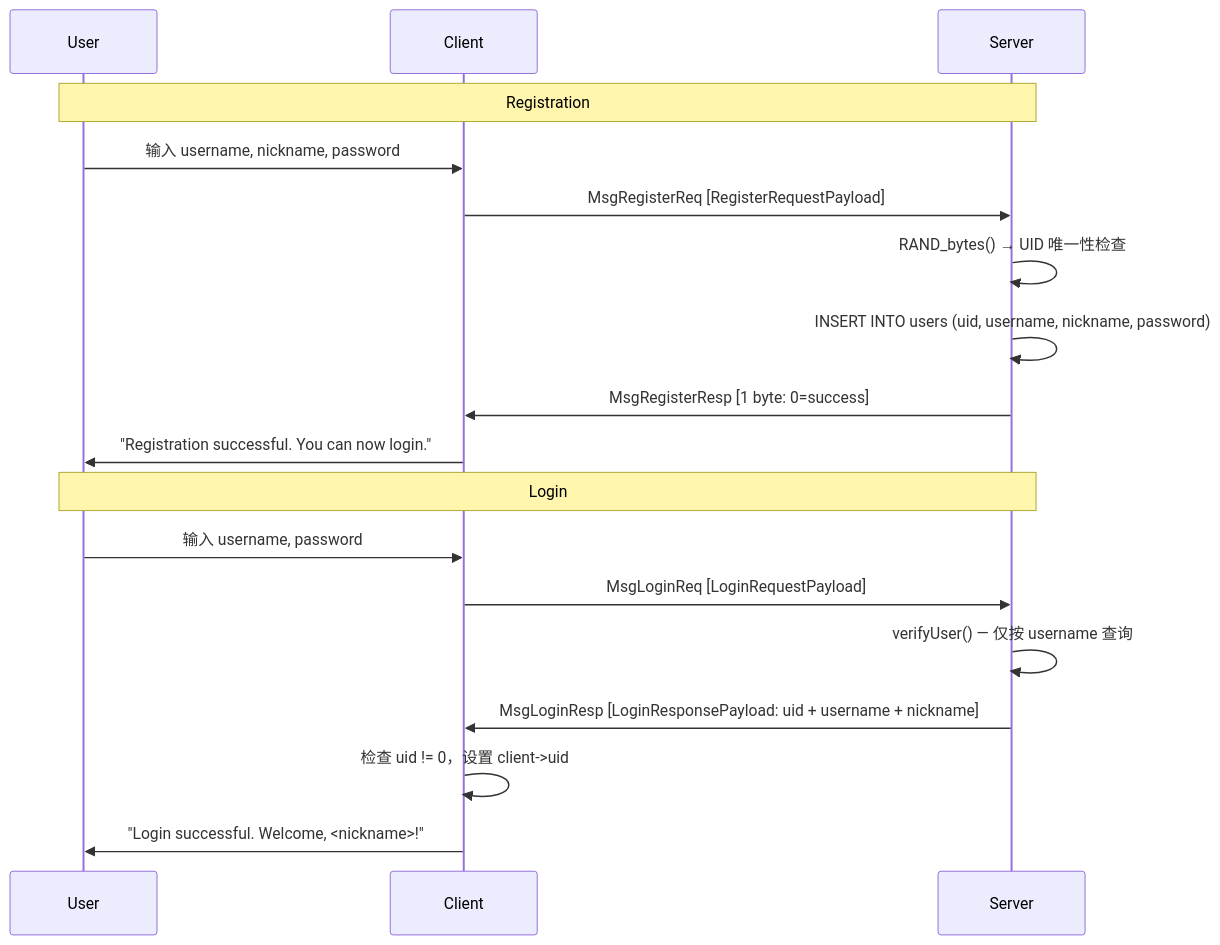
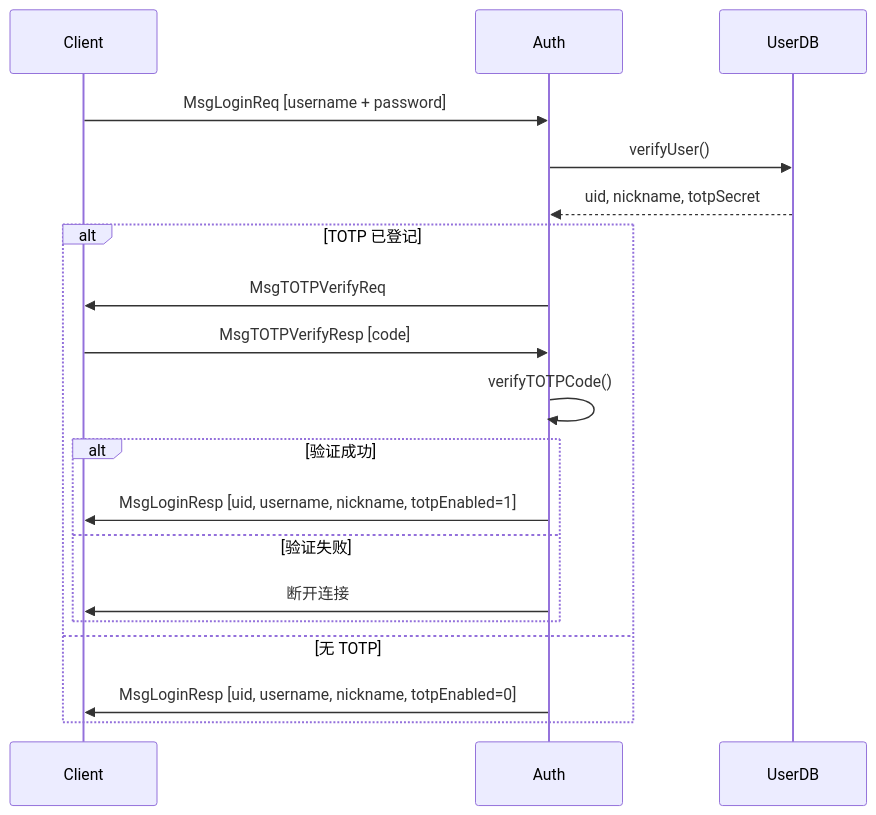
Before and after one commit to WinstonMeursault/PacPlay: the seventh of 14 diagrams in docs/API.md, drawn with Mermaid. The commit also changed other lines of this file and 49 other files, not shown here.

First line of the commit message:
refactor: modularize architecture and restructure database subsystem

````diff
--- a/docs/API.md
+++ b/docs/API.md
@@ -1793,22 +929,21 @@
 ```mermaid
 sequenceDiagram
-    participant User
-    participant Client
-    participant Server
-
-    Note over User,Server: Registration
-    User->>Client: 输入 username, nickname, password
-    Client->>Server: MsgRegisterReq [RegisterRequestPayload]
-    Server->>Server: RAND_bytes() → UID 唯一性检查
-    Server->>Server: INSERT INTO users (uid, username, nickname, password)
-    Server->>Client: MsgRegisterResp [1 byte: 0=success]
-    Client->>User: "Registration successful. You can now login."
-
-    Note over User,Server: Login
-    User->>Client: 输入 username, password
-    Client->>Server: MsgLoginReq [LoginRequestPayload]
-    Server->>Server: verifyUser() — 仅按 username 查询
-    Server->>Client: MsgLoginResp [LoginResponsePayload: uid + username + nickname]
-    Client->>Client: 检查 uid != 0，设置 client->uid
-    Client->>User: "Login successful. Welcome, <nickname>!"
+    participant C as Client
+    participant A as Auth
+    participant D as UserDB
+    C->>A: MsgLoginReq [username + password]
+    A->>D: verifyUser()
+    D-->>A: uid, nickname, totpSecret
+    alt TOTP 已登记
+        A->>C: MsgTOTPVerifyReq
+        C->>A: MsgTOTPVerifyResp [code]
+        A->>A: verifyTOTPCode()
+        alt 验证成功
+            A->>C: MsgLoginResp [uid, username, nickname, totpEnabled=1]
+        else 验证失败
+            A->>C: 断开连接
+        end
+    else 无 TOTP
+        A->>C: MsgLoginResp [uid, username, nickname, totpEnabled=0]
+    end
 ```
````
